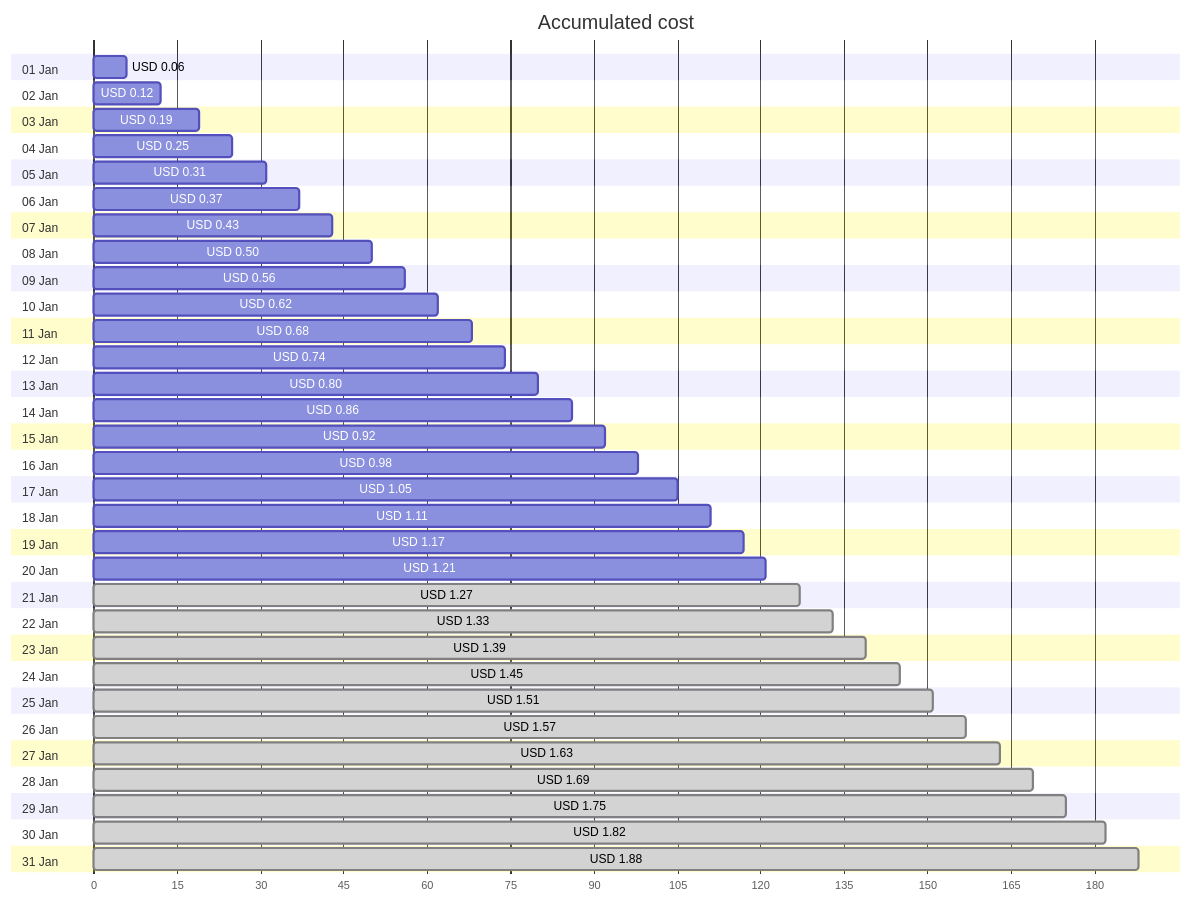
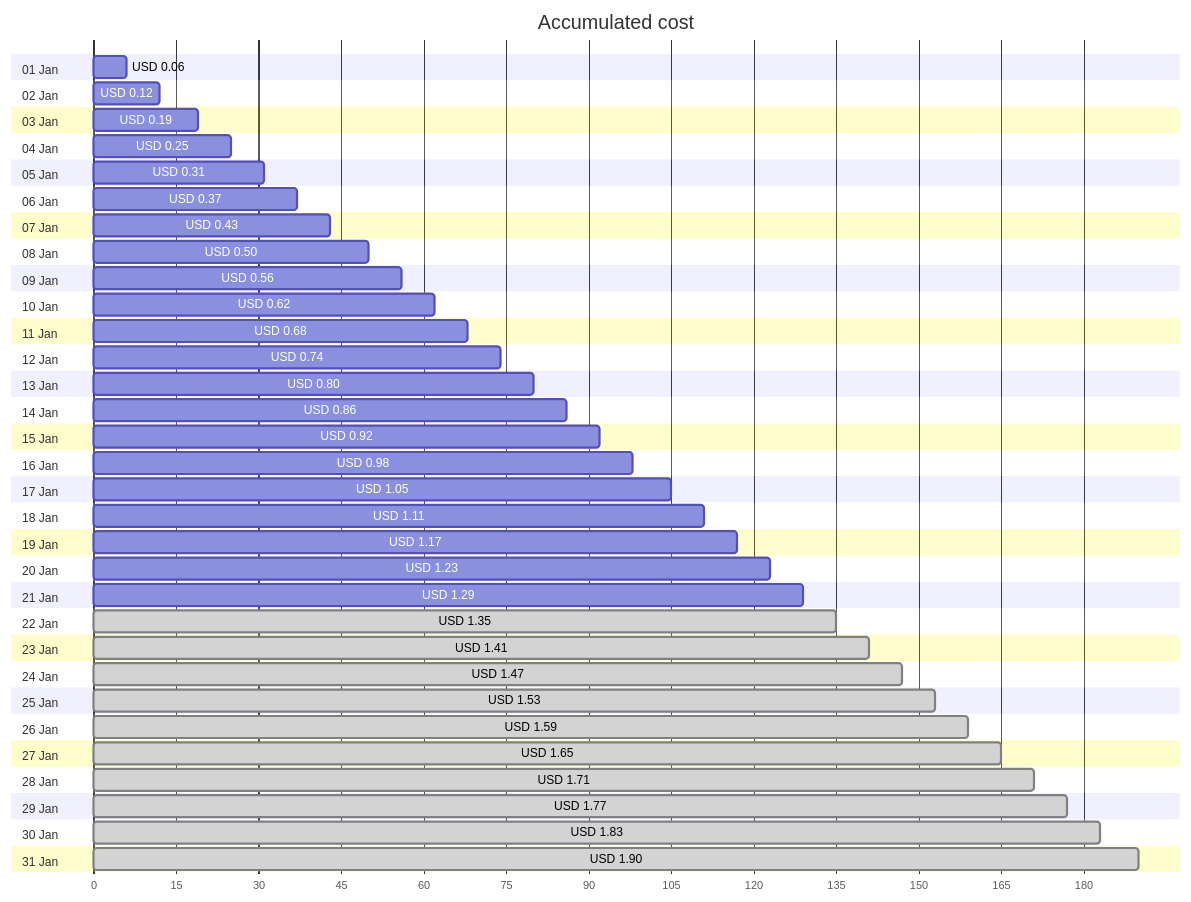
The first of 4 diagrams in cost-reports/personal-network/backup-server_OsDisk.md (jpfulton/azure-personal-reports), drawn with Mermaid before and after one commit. The commit also changed other lines of this file and 8 other files, not shown here.

````diff
--- a/cost-reports/personal-network/backup-server_OsDisk.md
+++ b/cost-reports/personal-network/backup-server_OsDisk.md
@@ -20,68 +20,68 @@
 ```mermaid
 gantt
    title Accumulated cost
    dateFormat  X
    axisFormat %s
    section 01 Jan
    USD 0.06 :0, 6
    section 02 Jan
    USD 0.12 :0, 12
    section 03 Jan
    USD 0.19 :0, 19
    section 04 Jan
    USD 0.25 :0, 25
    section 05 Jan
    USD 0.31 :0, 31
    section 06 Jan
    USD 0.37 :0, 37
    section 07 Jan
    USD 0.43 :0, 43
    section 08 Jan
    USD 0.50 :0, 50
    section 09 Jan
    USD 0.56 :0, 56
    section 10 Jan
    USD 0.62 :0, 62
    section 11 Jan
    USD 0.68 :0, 68
    section 12 Jan
    USD 0.74 :0, 74
    section 13 Jan
    USD 0.80 :0, 80
    section 14 Jan
    USD 0.86 :0, 86
    section 15 Jan
    USD 0.92 :0, 92
    section 16 Jan
    USD 0.98 :0, 98
    section 17 Jan
    USD 1.05 :0, 105
    section 18 Jan
    USD 1.11 :0, 111
    section 19 Jan
    USD 1.17 :0, 117
    section 20 Jan
-   USD 1.21 :0, 121
+   USD 1.23 :0, 123
    section 21 Jan
-   USD 1.27 : done, 0, 127
+   USD 1.29 :0, 129
    section 22 Jan
-   USD 1.33 : done, 0, 133
+   USD 1.35 : done, 0, 135
    section 23 Jan
-   USD 1.39 : done, 0, 139
+   USD 1.41 : done, 0, 141
    section 24 Jan
-   USD 1.45 : done, 0, 145
+   USD 1.47 : done, 0, 147
    section 25 Jan
-   USD 1.51 : done, 0, 151
+   USD 1.53 : done, 0, 153
    section 26 Jan
-   USD 1.57 : done, 0, 157
+   USD 1.59 : done, 0, 159
    section 27 Jan
-   USD 1.63 : done, 0, 163
+   USD 1.65 : done, 0, 165
    section 28 Jan
-   USD 1.69 : done, 0, 169
+   USD 1.71 : done, 0, 171
    section 29 Jan
-   USD 1.75 : done, 0, 175
+   USD 1.77 : done, 0, 177
    section 30 Jan
-   USD 1.82 : done, 0, 182
+   USD 1.83 : done, 0, 183
    section 31 Jan
-   USD 1.88 : done, 0, 188
+   USD 1.90 : done, 0, 190
 ```
````
